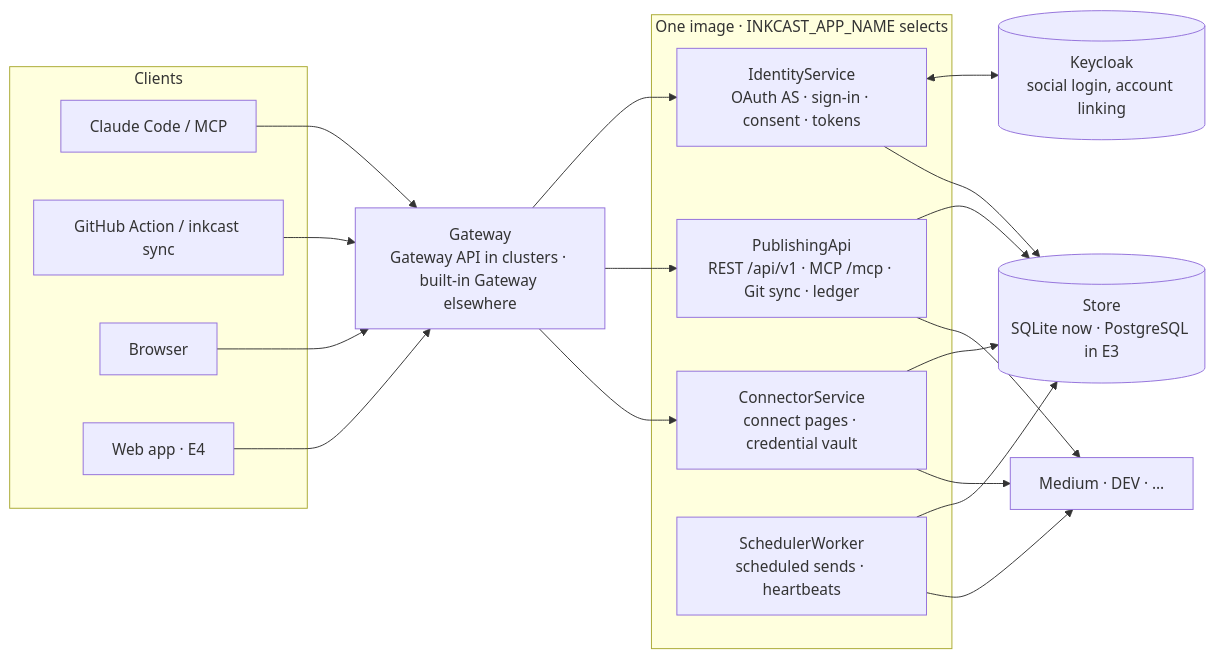
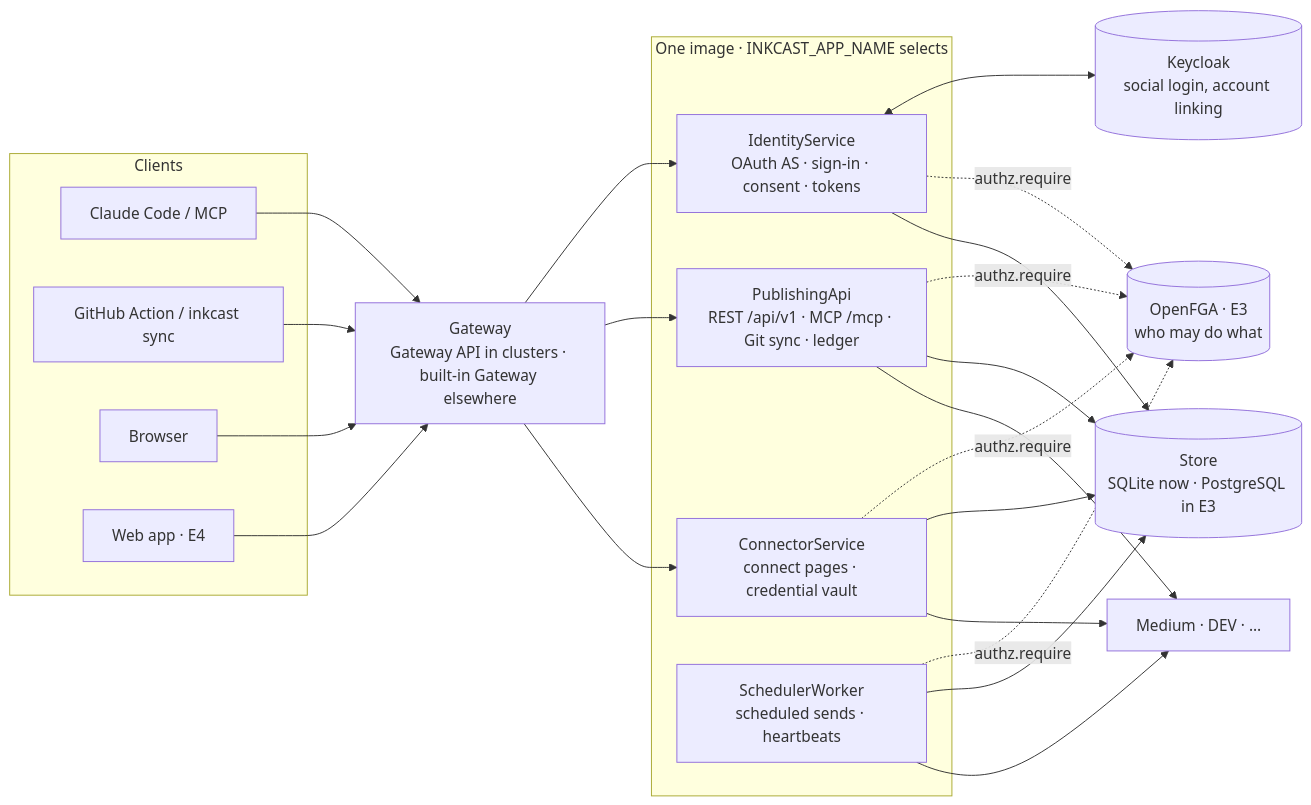
Before and after one commit to inkcasthq/inkcast: the diagram in docs/architecture.md, drawn with Mermaid. The commit also changed other lines of this file and 58 other files, not shown here.

First line of the commit message:
Design: authorization (OpenFGA from day 1), tiers and the observability backlog, merged into the epics (#6)

````diff
--- a/docs/architecture.md
+++ b/docs/architecture.md
@@ -7,21 +7,23 @@
 ```mermaid
 flowchart LR
   subgraph Clients
     CC[Claude Code / MCP]; GHA[GitHub Action / inkcast sync]; BR[Browser]; SPA[Web app · E4]
   end
   GW[Gateway<br/>Gateway API in clusters · built-in Gateway elsewhere]
   subgraph image["One image · INKCAST_APP_NAME selects"]
     ID[IdentityService<br/>OAuth AS · sign-in · consent · tokens]
     PUB[PublishingApi<br/>REST /api/v1 · MCP /mcp · Git sync · ledger]
     CON[ConnectorService<br/>connect pages · credential vault]
     SCH[SchedulerWorker<br/>scheduled sends · heartbeats]
   end
   KC[(Keycloak<br/>social login, account linking)]
+  FGA[(OpenFGA · E3<br/>who may do what)]
   DB[(Store<br/>SQLite now · PostgreSQL in E3)]
   PL[Medium · DEV · …]
   CC & GHA & BR & SPA --> GW --> ID & PUB & CON
   ID <--> KC
+  ID & PUB & CON & SCH -.->|authz.require| FGA
   ID & PUB & CON & SCH --> DB
   PUB & SCH --> PL
   CON --> PL
 ```
````
